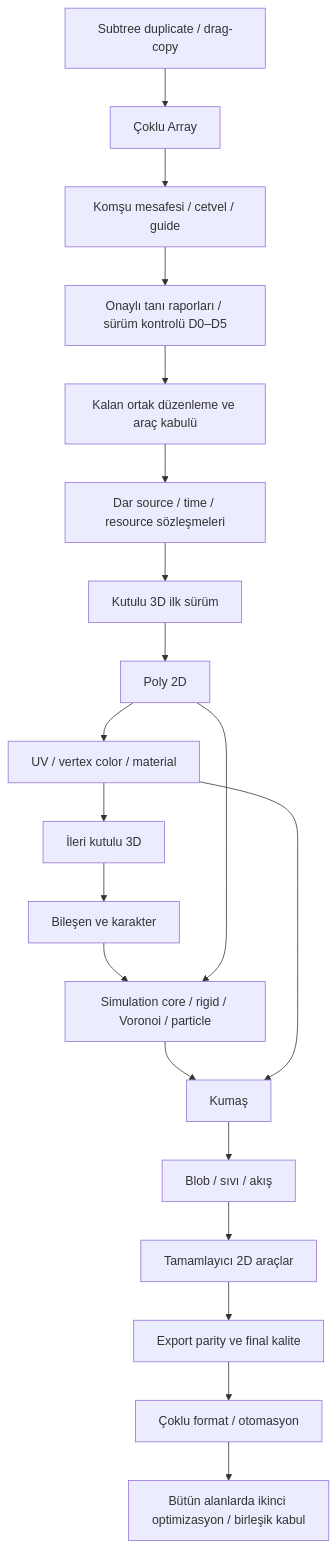
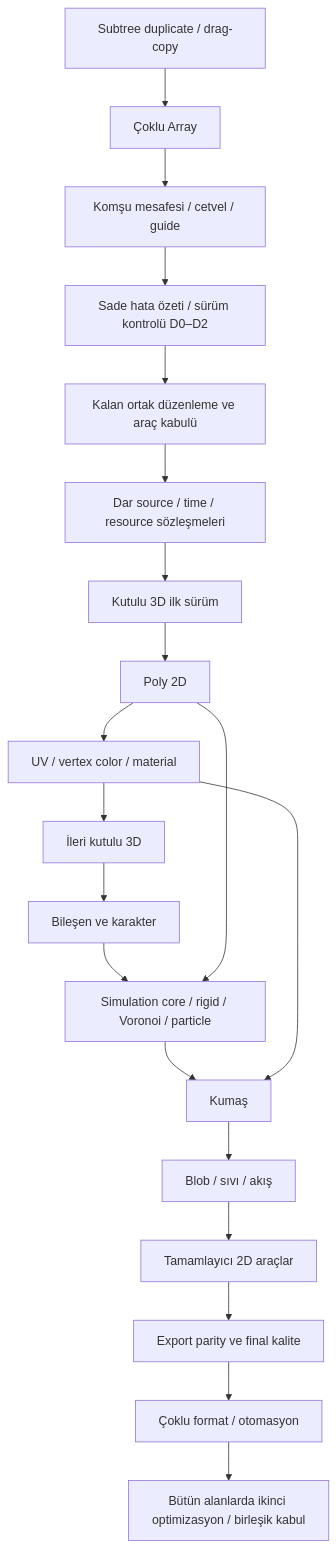
One commit to codie1982/chorono-editor changed the diagram in docs/tr/production-2d-roadmap.md. Above: the diagram before and after it, drawn with Mermaid. The commit also changed other lines of this file and 2 other files, not shown here.

````diff
--- a/docs/tr/production-2d-roadmap.md
+++ b/docs/tr/production-2d-roadmap.md
@@ -70,22 +71,22 @@
 ```mermaid
 flowchart TD
     V4[Subtree duplicate / drag-copy] --> V5[Çoklu Array]
     V5 --> LAYOUT[Komşu mesafesi / cetvel / guide]
-    LAYOUT --> DIAG[Onaylı tanı raporları / sürüm kontrolü D0–D5]
+    LAYOUT --> DIAG[Sade hata özeti / sürüm kontrolü D0–D2]
     DIAG --> H[Kalan ortak düzenleme ve araç kabulü]
     H --> I[Dar source / time / resource sözleşmeleri]
     I --> B[Kutulu 3D ilk sürüm]
     B --> G[Poly 2D]
     G --> U[UV / vertex color / material]
     U --> B2[İleri kutulu 3D]
     B2 --> C[Bileşen ve karakter]
     C --> S[Simulation core / rigid / Voronoi / particle]
     G --> S
     S --> CL[Kumaş]
     U --> CL
     CL --> L[Blob / sıvı / akış]
     L --> T[Tamamlayıcı 2D araçlar]
     T --> E[Export parity ve final kalite]
     E --> M[Çoklu format / otomasyon]
     M --> O[Bütün alanlarda ikinci optimizasyon / birleşik kabul]
 ```
````
